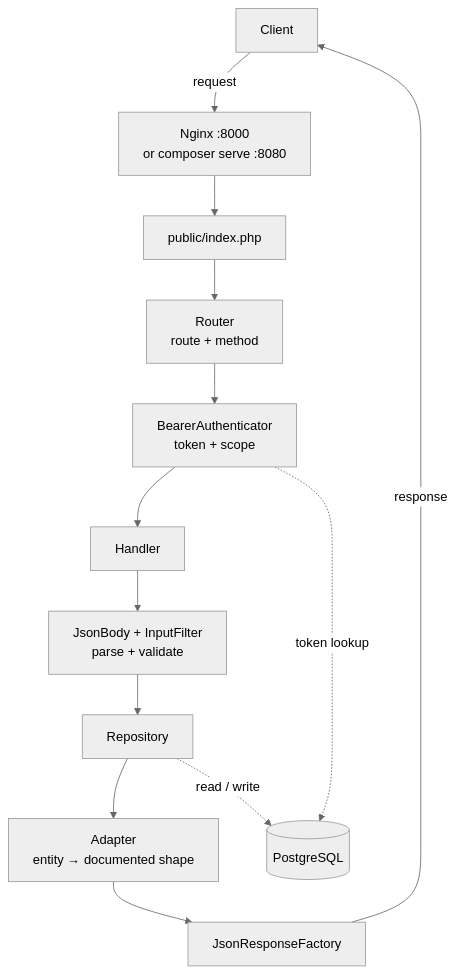
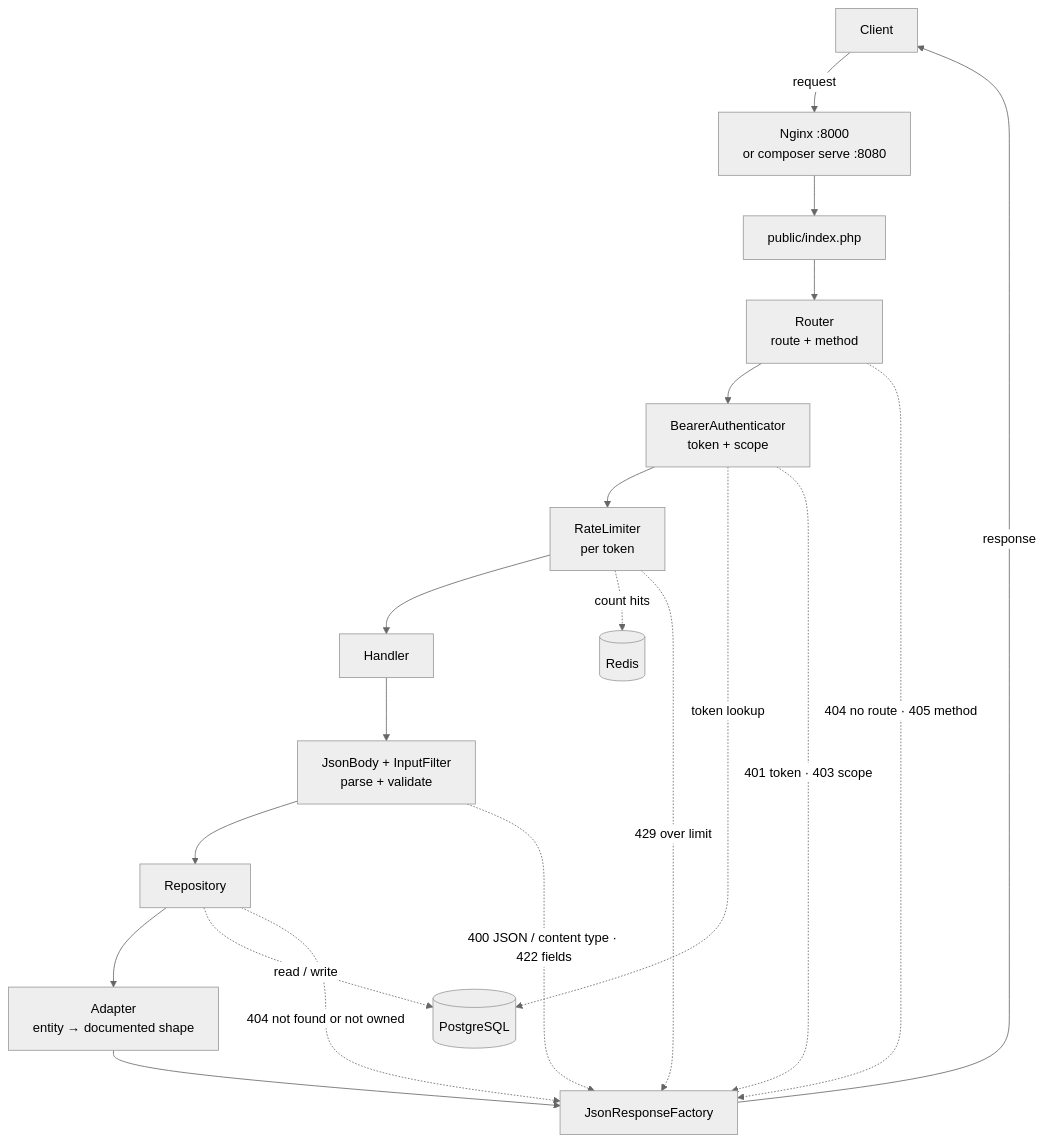
One commit to blakesimpson-dev/laminas-api-sample changed the diagram in README.md. Above: the diagram before and after it, drawn with Mermaid (neutral theme). The commit also changed other lines of this file, not shown here.

````diff
--- a/README.md
+++ b/README.md
@@ -67,16 +87,24 @@
 ```mermaid
 flowchart TD
-    C[Client] --> |request| N[Nginx :8000<br/>or composer serve :8080]
-    N --> I[public/index.php]
-    I --> R[Router<br/>route + method]
-    R --> Au[BearerAuthenticator<br/>token + scope]
-    Au --> H[Handler]
-    H --> V[JsonBody + InputFilter<br/>parse + validate]
-    V --> Rp[Repository]
-    Rp --> A[Adapter<br/>entity → documented shape]
-    A --> J[JsonResponseFactory]
-    J --> |response| C
+C[Client] -->|request| N[Nginx :8000<br/>or composer serve :8080]
+N  --> I[public/index.php]
+I  --> R[Router<br/>route + method]
+R  --> Au[BearerAuthenticator<br/>token + scope]
+Au --> RL[RateLimiter<br/>per token]
+RL --> H[Handler]
+H  --> V[JsonBody + InputFilter<br/>parse + validate]
+V  --> Rp[Repository]
+Rp --> A[Adapter<br/>entity → documented shape]
+A  --> J[JsonResponseFactory]
+J  -->|response| C
 
-    Au -.->|token lookup| D[(PostgreSQL)]
-    Rp -.->|read / write| D
+Au -.->|token lookup| D[(PostgreSQL)]
+Rp -.->|read / write| D
+RL -.->|count hits| RD[(Redis)]
+
+R  -. "404 no route · 405 method" .-> J
+Au -. "401 token · 403 scope" .-> J
+RL -. "429 over limit" .-> J
+V  -. "400 JSON / content type · 422 fields" .-> J
+Rp -. "404 not found or not owned" .-> J
 ```
````
